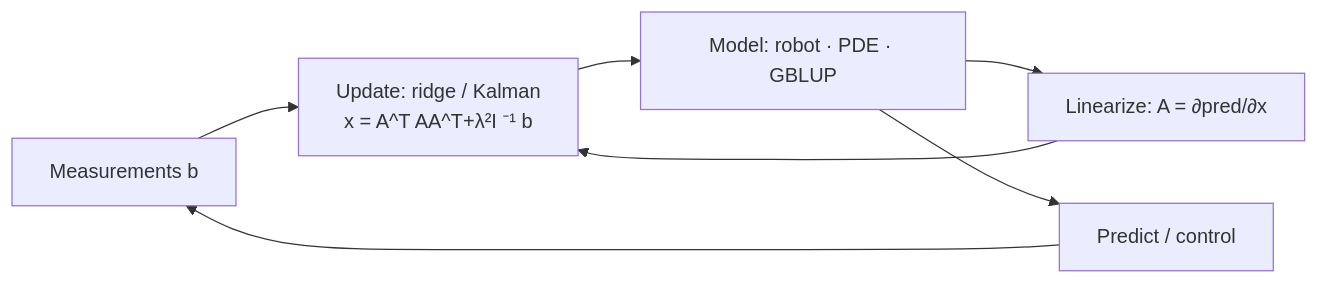
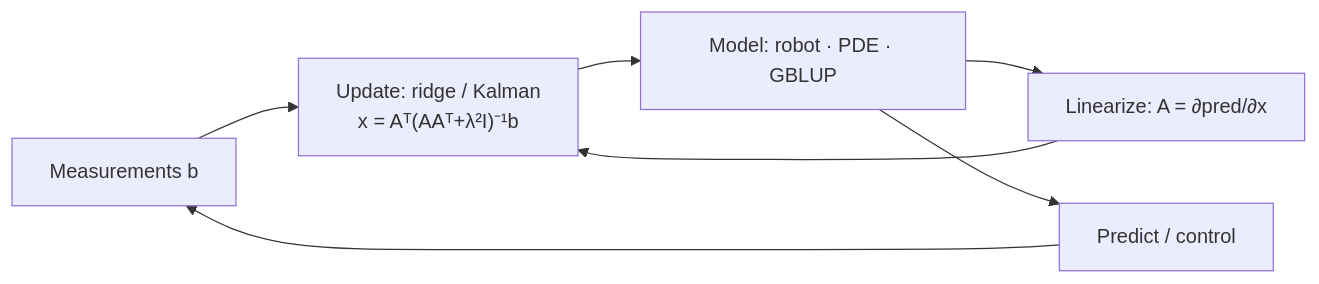
One commit to znjubery/Robotics-Lab- changed the diagram in docs/t-e-learning-glue.md. Above: the diagram before and after it, drawn with Mermaid. The commit also changed other lines of this file and 23 other files, not shown here.

````diff
--- a/docs/t-e-learning-glue.md
+++ b/docs/t-e-learning-glue.md
@@ -155,9 +155,9 @@
 ```mermaid
 flowchart LR
-  D[Measurements b] --> U[Update: ridge / Kalman<br/>x = A^T AA^T+λ²I ⁻¹ b]
+  D[Measurements b] --> U["Update: ridge / Kalman<br/>x = Aᵀ(AAᵀ+λ²I)⁻¹b"]
   M[Model: robot · PDE · GBLUP] --> A[Linearize: A = ∂pred/∂x]
   A --> U
   U --> M
   M --> P[Predict / control]
   P --> D
 ```
````
